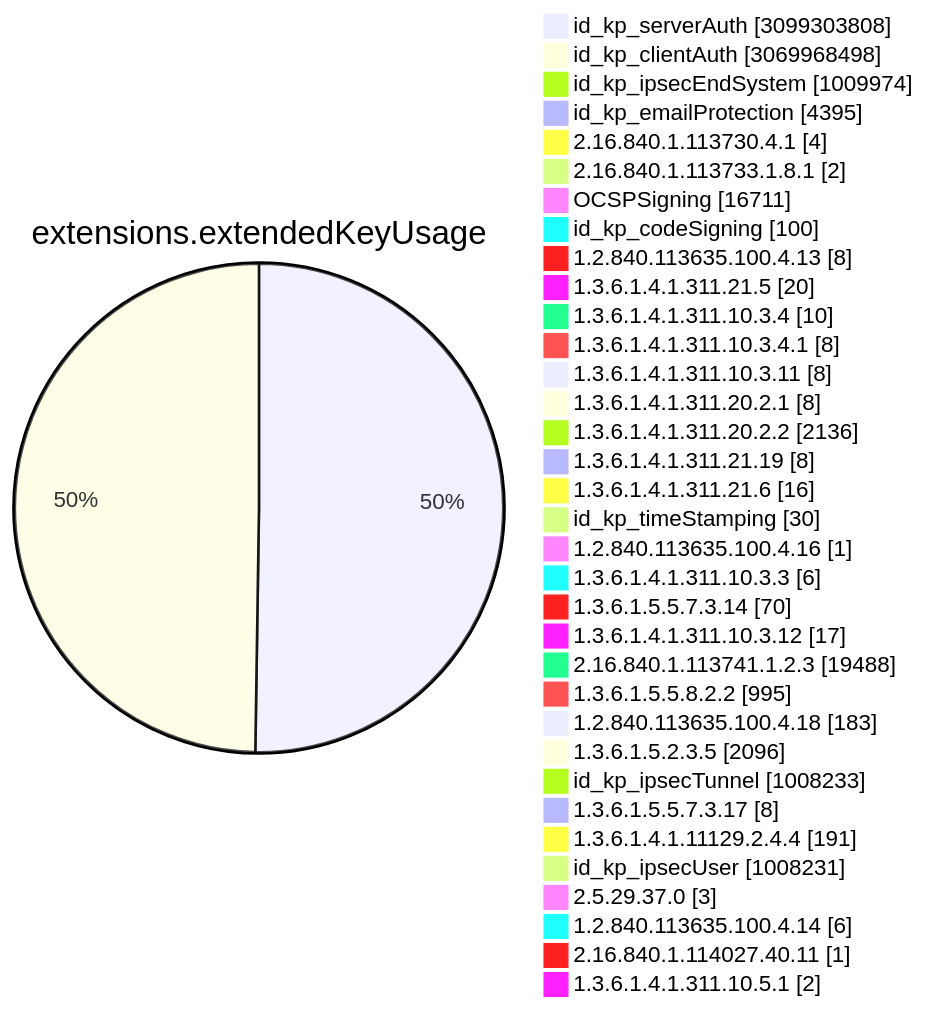
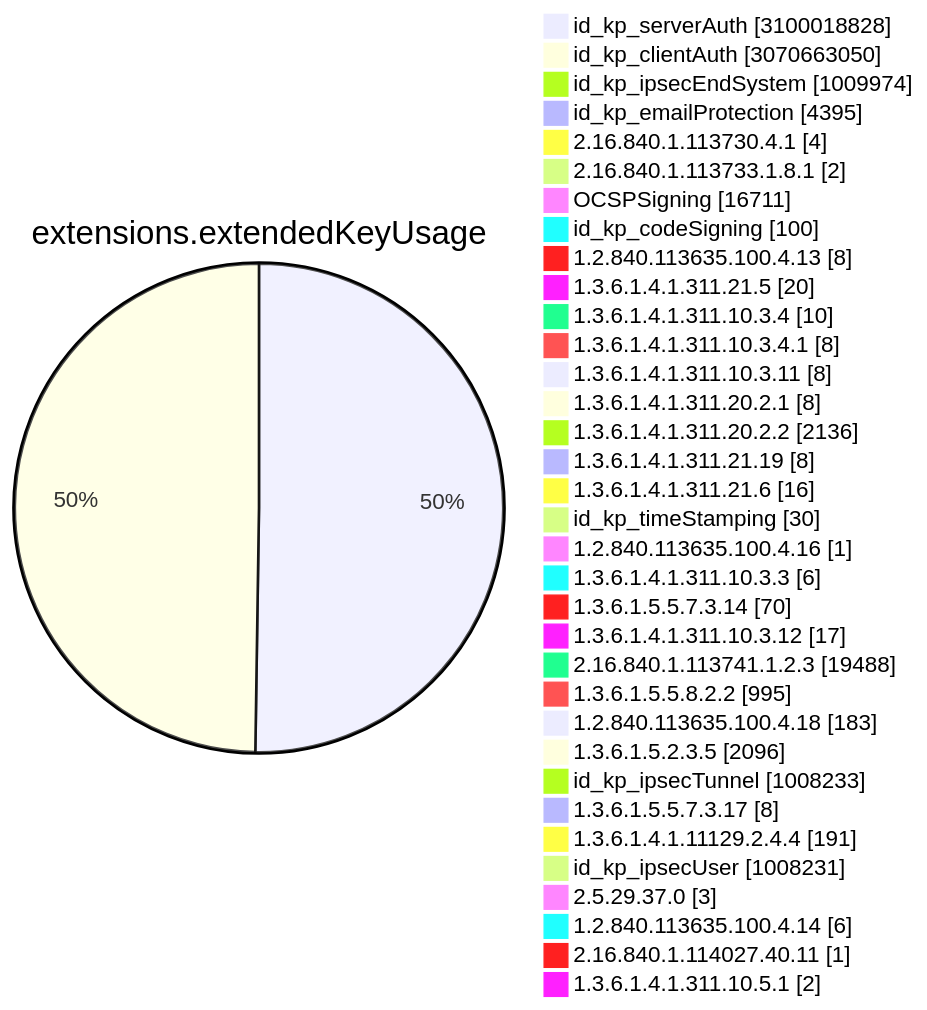
Before and after one commit to christiankrug/ctmonitor_visualization: diagram 11 of 15 in TOTAL/README.md, drawn with Mermaid. The commit also changed other lines of this file, not shown here.

````diff
--- a/TOTAL/README.md
+++ b/TOTAL/README.md
@@ -4119,38 +4119,38 @@
 ```mermaid
 pie showData
 title extensions.extendedKeyUsage
-"id_kp_serverAuth" :3099303808
-"id_kp_clientAuth" :3069968498
+"id_kp_serverAuth" :3100018828
+"id_kp_clientAuth" :3070663050
 "id_kp_ipsecEndSystem" :1009974
 "id_kp_emailProtection" :4395
 "2.16.840.1.113730.4.1" :4
 "2.16.840.1.113733.1.8.1" :2
 "OCSPSigning" :16711
 "id_kp_codeSigning" :100
 "1.2.840.113635.100.4.13" :8
 "1.3.6.1.4.1.311.21.5" :20
 "1.3.6.1.4.1.311.10.3.4" :10
 "1.3.6.1.4.1.311.10.3.4.1" :8
 "1.3.6.1.4.1.311.10.3.11" :8
 "1.3.6.1.4.1.311.20.2.1" :8
 "1.3.6.1.4.1.311.20.2.2" :2136
 "1.3.6.1.4.1.311.21.19" :8
 "1.3.6.1.4.1.311.21.6" :16
 "id_kp_timeStamping" :30
 "1.2.840.113635.100.4.16" :1
 "1.3.6.1.4.1.311.10.3.3" :6
 "1.3.6.1.5.5.7.3.14" :70
 "1.3.6.1.4.1.311.10.3.12" :17
 "2.16.840.1.113741.1.2.3" :19488
 "1.3.6.1.5.5.8.2.2" :995
 "1.2.840.113635.100.4.18" :183
 "1.3.6.1.5.2.3.5" :2096
 "id_kp_ipsecTunnel" :1008233
 "1.3.6.1.5.5.7.3.17" :8
 "1.3.6.1.4.1.11129.2.4.4" :191
 "id_kp_ipsecUser" :1008231
 "2.5.29.37.0" :3
 "1.2.840.113635.100.4.14" :6
 "2.16.840.1.114027.40.11" :1
 "1.3.6.1.4.1.311.10.5.1" :2
 ```
````
